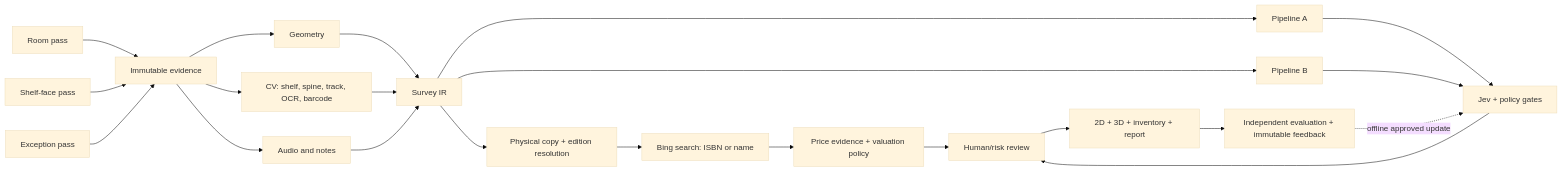
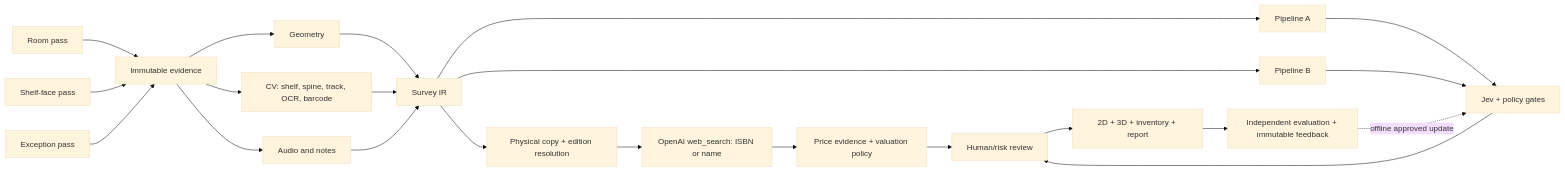
Before and after one commit to harshsinha-12/library-estimate: the eighth of 8 diagrams in FINAL-PLAN.md, drawn with Mermaid (base theme). The commit also changed other lines of this file and 8 other files, not shown here.

````diff
--- a/FINAL-PLAN.md
+++ b/FINAL-PLAN.md
@@ -1371,24 +1385,24 @@
 ```mermaid
 flowchart LR
   A["Room pass"] --> E["Immutable evidence"]
   B["Shelf-face pass"] --> E
   C["Exception pass"] --> E
   E --> G["Geometry"]
   E --> V["CV: shelf, spine, track, OCR, barcode"]
   E --> N["Audio and notes"]
   G --> IR["Survey IR"]
   V --> IR
   N --> IR
   IR --> ID["Physical copy + edition resolution"]
-  ID --> BING["Bing search: ISBN or name"]
-  BING --> PR["Price evidence + valuation policy"]
+  ID --> SEARCH["OpenAI web_search: ISBN or name"]
+  SEARCH --> PR["Price evidence + valuation policy"]
   IR --> MA["Pipeline A"]
   IR --> MB["Pipeline B"]
   MA --> J["Jev + policy gates"]
   MB --> J
   PR --> H["Human/risk review"]
   J --> H
   H --> O["2D + 3D + inventory + report"]
   O --> EV["Independent evaluation + immutable feedback"]
   EV -.->|offline approved update| J
 ```
````
